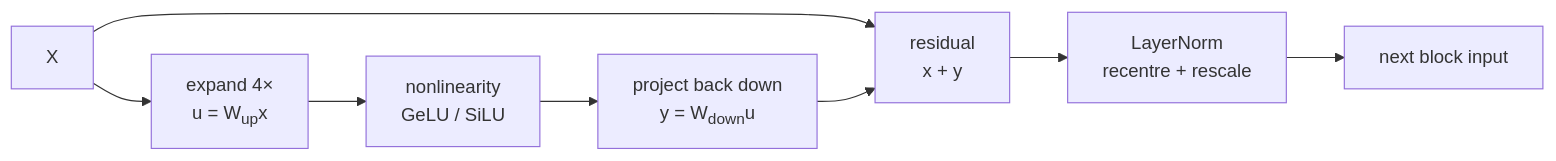
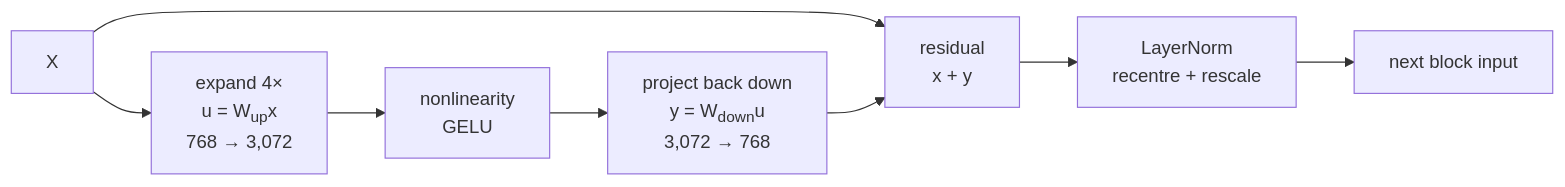
The fifth of 11 diagrams in docs/algorithms.md (Mostakim2005/gpt-moe-3d-explainer), drawn with Mermaid before and after one commit. The commit also changed other lines of this file and 35 other files, not shown here.

````diff
--- a/docs/algorithms.md
+++ b/docs/algorithms.md
@@ -67,10 +81,10 @@
 ```mermaid
 flowchart LR
-    X --> UP[expand 4×\nu = W<sub>up</sub>x]
-    UP --> ACT[nonlinearity\nGeLU / SiLU]
-    ACT --> DOWN[project back down\ny = W<sub>down</sub>u]
+    X --> UP[expand 4×\nu = W<sub>up</sub>x\n768 → 3,072]
+    UP --> ACT[nonlinearity\nGELU]
+    ACT --> DOWN[project back down\ny = W<sub>down</sub>u\n3,072 → 768]
     X --> ADD[residual\nx + y]
     DOWN --> ADD
     ADD --> LN[LayerNorm\nrecentre + rescale]
     LN --> NEXT[next block input]
 ```
````
